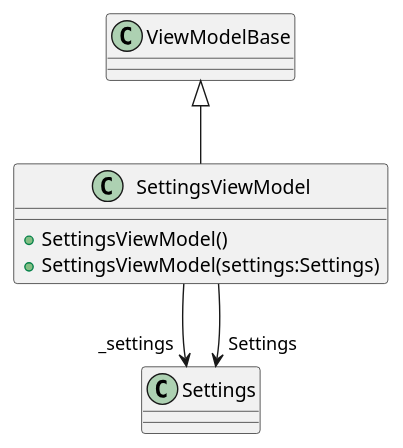
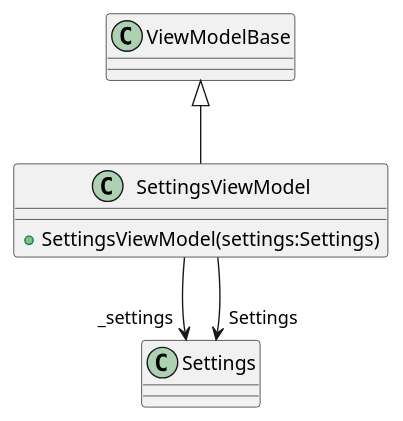
Before and after one commit to Caellian/UNIRI_OP_project: the diagram in PlantUML/ViewModels/SettingsViewModel.puml, drawn with PlantUML. The commit also changed 17 other files, not shown here.

```diff
--- a/PlantUML/ViewModels/SettingsViewModel.puml
+++ b/PlantUML/ViewModels/SettingsViewModel.puml
@@ -1,9 +1,8 @@
 @startuml
 class SettingsViewModel {
-    + SettingsViewModel()
     + SettingsViewModel(settings:Settings)
 }
 ViewModelBase <|-- SettingsViewModel
 SettingsViewModel --> "_settings" Settings
 SettingsViewModel --> "Settings" Settings
 @enduml
```
